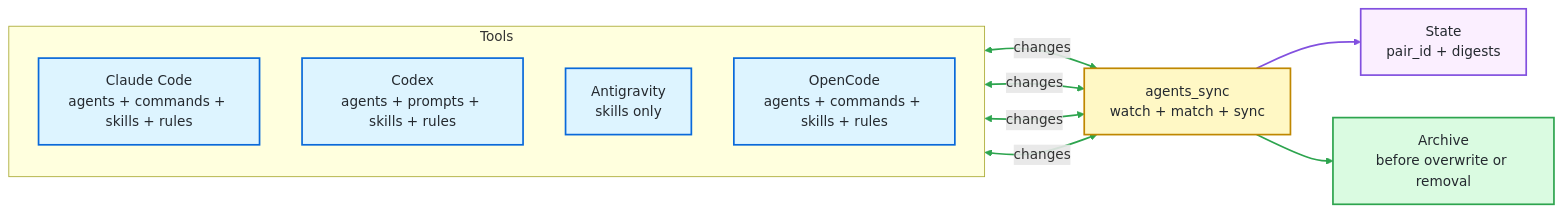
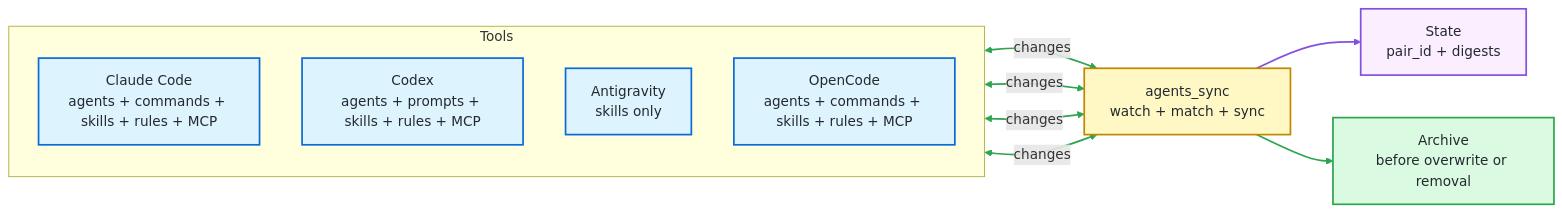
One commit to cognitivesand/agents_sync changed the diagram in README.md. Above: the diagram before and after it, drawn with Mermaid. The commit also changed other lines of this file and 18 other files, not shown here.

Commit message:
feat: connect MCP adapters for Claude Codex and OpenCode

````diff
--- a/README.md
+++ b/README.md
@@ -67,35 +67,35 @@
 ```mermaid
 flowchart LR
     subgraph Tools["Tools"]
         direction TB
-        Claude["Claude Code<br/>agents + commands + skills + rules"]
-        Codex["Codex<br/>agents + prompts + skills + rules"]
+        Claude["Claude Code<br/>agents + commands + skills + rules + MCP"]
+        Codex["Codex<br/>agents + prompts + skills + rules + MCP"]
         Antigravity["Antigravity<br/>skills only"]
-        Opencode["OpenCode<br/>agents + commands + skills + rules"]
+        Opencode["OpenCode<br/>agents + commands + skills + rules + MCP"]
     end
 
     Sync["agents_sync<br/>watch + match + sync"]
     State["State<br/>pair_id + digests"]
     Archive["Archive<br/>before overwrite or removal"]
 
     Claude <-->|changes| Sync
     Codex <-->|changes| Sync
     Antigravity <-->|changes| Sync
     Opencode <-->|changes| Sync
     Sync --> State
     Sync --> Archive
 
     classDef side fill:#ddf4ff,stroke:#0969da,stroke-width:2px,color:#24292f
     classDef sync fill:#fff8c5,stroke:#bf8700,stroke-width:2px,color:#24292f
     classDef state fill:#fbefff,stroke:#8250df,stroke-width:2px,color:#24292f
     classDef archive fill:#dafbe1,stroke:#2da44e,stroke-width:2px,color:#24292f
 
     class Claude,Codex,Antigravity,Opencode side
     class Sync sync
     class State state
     class Archive archive
 
     linkStyle 0,1,2,3 stroke:#2da44e,stroke-width:2px
     linkStyle 4 stroke:#8250df,stroke-width:2px
     linkStyle 5 stroke:#2da44e,stroke-width:2px
 ```
````
